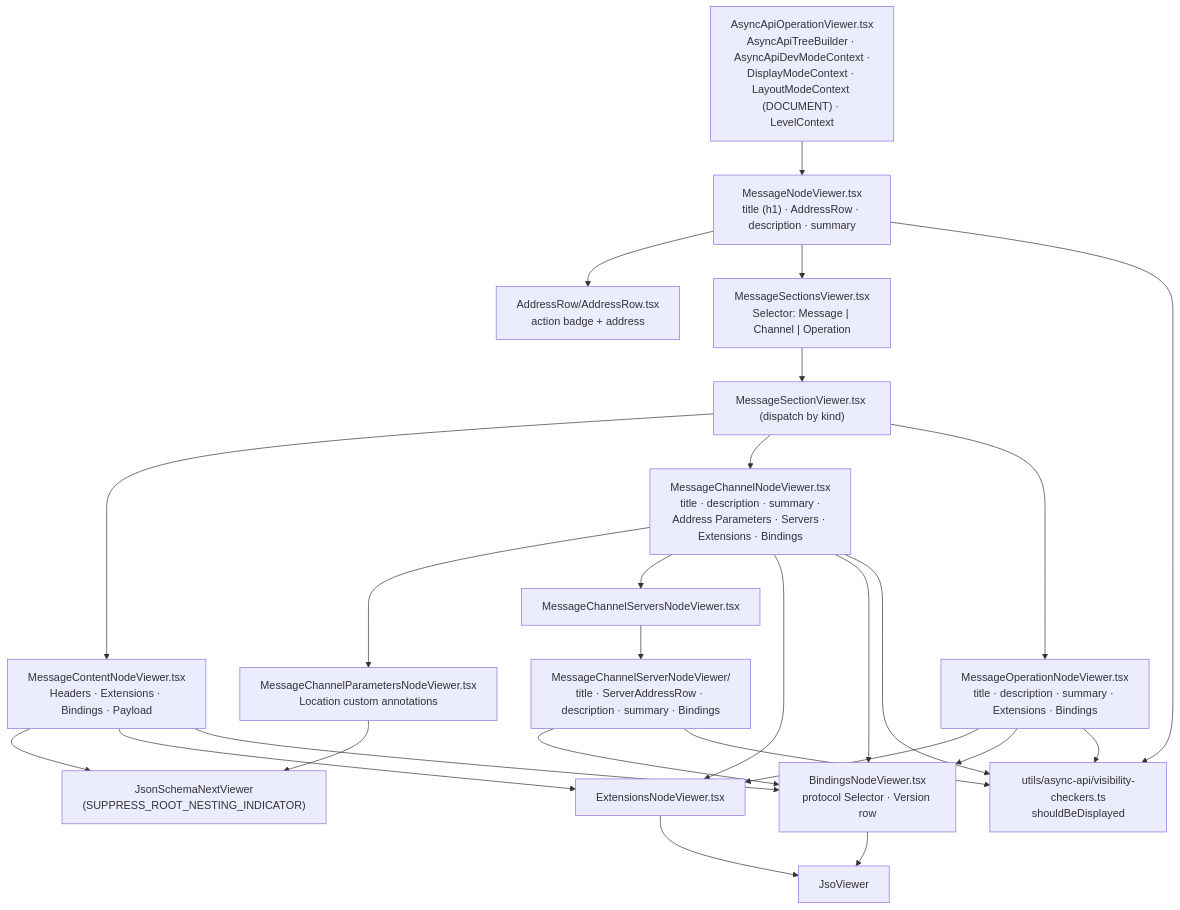
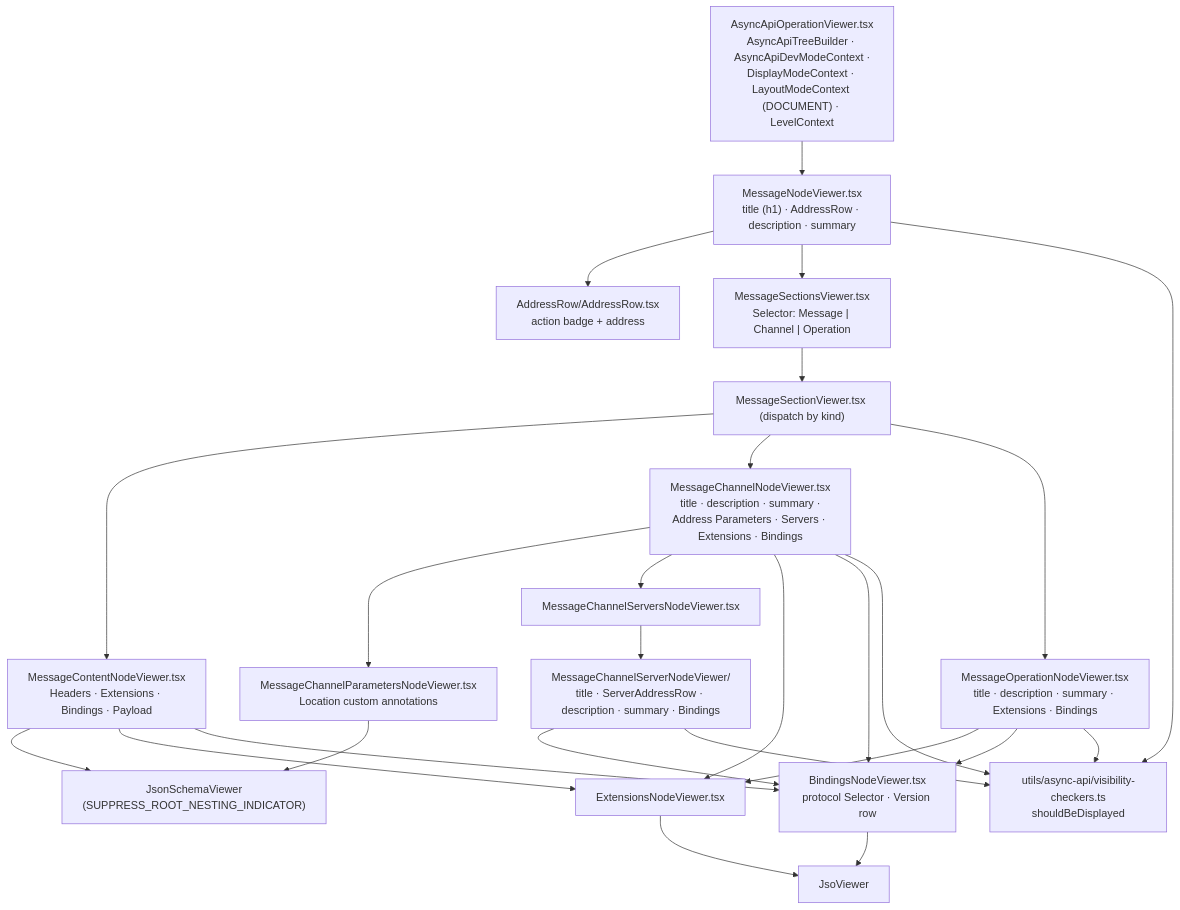
The diagram in docs/design/async-api/architecture/viewer-plain.md (Netcracker/qubership-apihub-api-doc-viewer), drawn with Mermaid before and after one commit. The commit also changed 163 other files, not shown here.

Commit message:
refactor!: `JsonSchemaNextViewer` -> `JsonSchemaViewer`, `JsonSchemaNextDiffsViewer` -> `JsonSchemaDiffsViewer`, updated their usages

````diff
--- a/docs/design/async-api/architecture/viewer-plain.md
+++ b/docs/design/async-api/architecture/viewer-plain.md
@@ -6,45 +6,45 @@
 ```mermaid
 flowchart TB
   Root["AsyncApiOperationViewer.tsx<br/>AsyncApiTreeBuilder · AsyncApiDevModeContext ·<br/>DisplayModeContext · LayoutModeContext (DOCUMENT) · LevelContext"]
   Message["MessageNodeViewer.tsx<br/>title (h1) · AddressRow · description · summary"]
   Address["AddressRow/AddressRow.tsx<br/>action badge + address"]
   Sections["MessageSectionsViewer.tsx<br/>Selector: Message | Channel | Operation"]
   Section["MessageSectionViewer.tsx (dispatch by kind)"]
   Content["MessageContentNodeViewer.tsx<br/>Headers · Extensions · Bindings · Payload"]
   Channel["MessageChannelNodeViewer.tsx<br/>title · description · summary ·<br/>Address Parameters · Servers · Extensions · Bindings"]
   Operation["MessageOperationNodeViewer.tsx<br/>title · description · summary · Extensions · Bindings"]
   Params["MessageChannelParametersNodeViewer.tsx<br/>Location custom annotations"]
   Servers["MessageChannelServersNodeViewer.tsx"]
   Server["MessageChannelServerNodeViewer/<br/>title · ServerAddressRow · description · summary · Bindings"]
   Bindings["BindingsNodeViewer.tsx<br/>protocol Selector · Version row"]
   Extensions["ExtensionsNodeViewer.tsx"]
   Visibility["utils/async-api/visibility-checkers.ts<br/>shouldBeDisplayed"]
-  JsonSchema["JsonSchemaNextViewer<br/>(SUPPRESS_ROOT_NESTING_INDICATOR)"]
+  JsonSchema["JsonSchemaViewer<br/>(SUPPRESS_ROOT_NESTING_INDICATOR)"]
   Jso["JsoViewer"]
 
   Root --> Message
   Message --> Address
   Message --> Sections
   Sections --> Section
   Section --> Content
   Section --> Channel
   Section --> Operation
   Content --> JsonSchema
   Content --> Extensions
   Content --> Bindings
   Channel --> Params
   Channel --> Servers
   Channel --> Extensions
   Channel --> Bindings
   Operation --> Extensions
   Operation --> Bindings
   Servers --> Server
   Server --> Bindings
   Params --> JsonSchema
   Bindings --> Jso
   Extensions --> Jso
   Message --> Visibility
   Channel --> Visibility
   Operation --> Visibility
   Server --> Visibility
 ```
````
